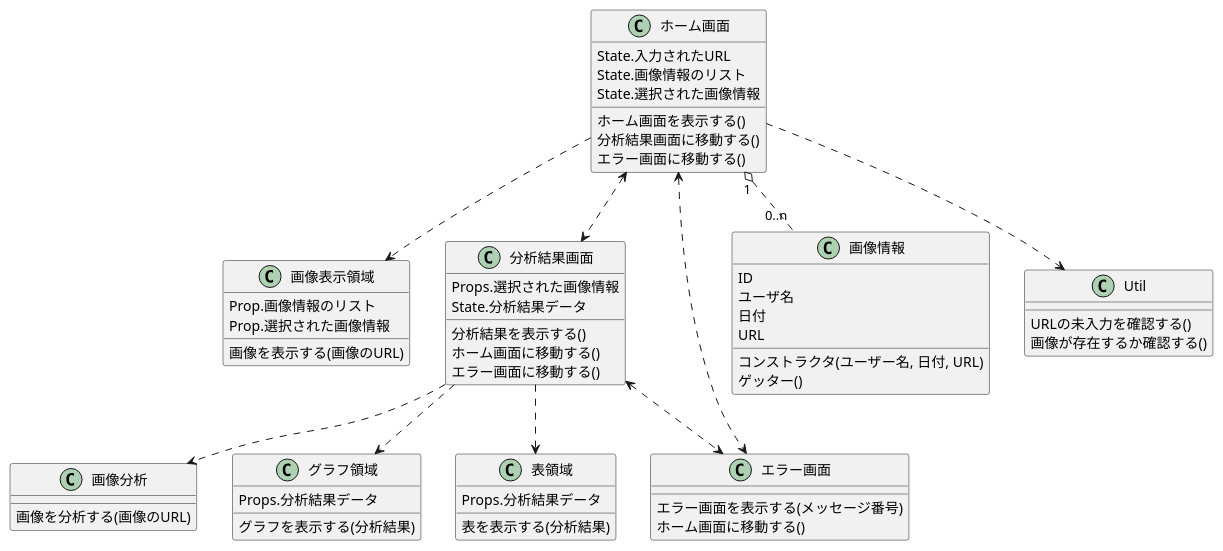
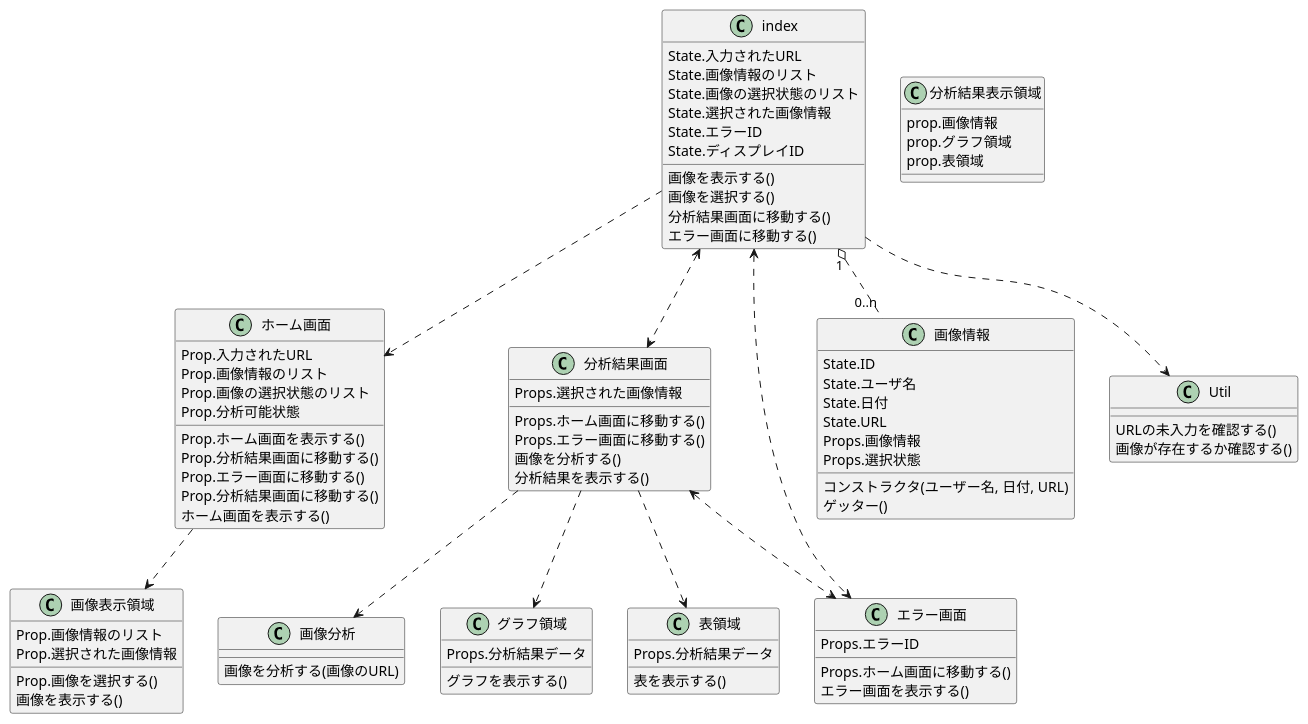
One commit to nishikawa1114/FaceEmotionSystem changed the diagram in doc/uml/classDiag.pu. Above: the diagram before and after it, drawn with PlantUML. The commit also changed 2 other files, not shown here.

Commit message:
クラス図シーケンス図修正

```diff
--- a/doc/uml/classDiag.pu
+++ b/doc/uml/classDiag.pu
@@ -1,69 +1,97 @@
 @startuml Face Emotion
 
-class ホーム画面 {
+class index {
     State.入力されたURL
     State.画像情報のリスト
+    State.画像の選択状態のリスト
     State.選択された画像情報
-    ホーム画面を表示する()
+    State.エラーID
+    State.ディスプレイID
+    画像を表示する()
+    画像を選択する()
     分析結果画面に移動する()
     エラー画面に移動する()
+}
+
+
+class ホーム画面 {
+    Prop.入力されたURL
+    Prop.画像情報のリスト
+    Prop.画像の選択状態のリスト
+    Prop.分析可能状態
+    Prop.ホーム画面を表示する()
+    Prop.分析結果画面に移動する()
+    Prop.エラー画面に移動する()
+    Prop.分析結果画面に移動する()
+    ホーム画面を表示する()
 }
 
 class 画像表示領域 {
     Prop.画像情報のリスト
     Prop.選択された画像情報
-    画像を表示する(画像のURL)
+    Prop.画像を選択する()
+    画像を表示する()
 }
 
 class 分析結果画面 {
     Props.選択された画像情報
-    State.分析結果データ
+    Props.ホーム画面に移動する()
+    Props.エラー画面に移動する()
+    画像を分析する()
     分析結果を表示する()
-    ホーム画面に移動する()
-    エラー画面に移動する()
+}
+
+class 分析結果表示領域 {
+    prop.画像情報
+    prop.グラフ領域
+    prop.表領域
 }
 
 class 画像分析 {
     画像を分析する(画像のURL)
 }
 
 class グラフ領域 {
     Props.分析結果データ
-    グラフを表示する(分析結果)
+    グラフを表示する()
 }
 
 class 表領域 {
     Props.分析結果データ
-    表を表示する(分析結果)
+    表を表示する()
 }
 
 class エラー画面 {
-    エラー画面を表示する(メッセージ番号)
-    ホーム画面に移動する()
+    Props.エラーID
+    Props.ホーム画面に移動する()
+    エラー画面を表示する()
 }
 
 class 画像情報 {
-    ID
-    ユーザ名
-    日付
-    URL
+    State.ID
+    State.ユーザ名
+    State.日付
+    State.URL
+    Props.画像情報
+    Props.選択状態
     コンストラクタ(ユーザー名, 日付, URL)
     ゲッター()
 }
 
 class Util {
     URLの未入力を確認する()
     画像が存在するか確認する()
 }
 
-ホーム画面 "1" o.. "0..n" 画像情報
-ホーム画面 ..> Util
+index "1" o.. "0..n" 画像情報
+index ..> ホーム画面
+index ..> Util
+index <..> エラー画面
+index <..> 分析結果画面
 ホーム画面 ..> 画像表示領域
-ホーム画面 <..> エラー画面
-ホーム画面 <..> 分析結果画面
 分析結果画面 ..> 画像分析
 分析結果画面 ..> グラフ領域
 分析結果画面 ..> 表領域
 分析結果画面 <..> エラー画面
 
 @enduml
```
